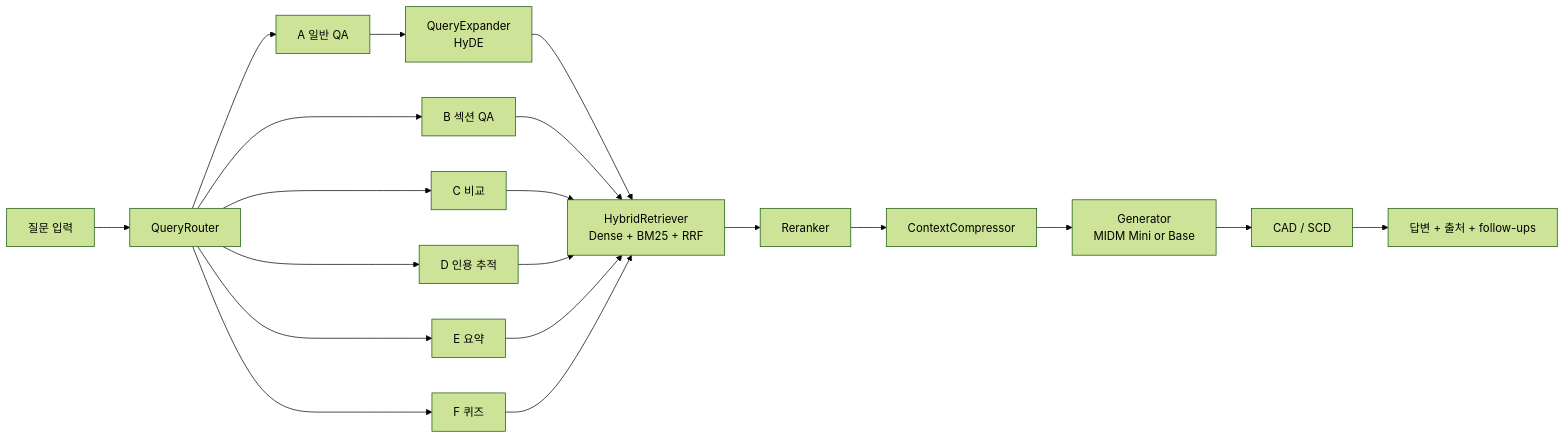
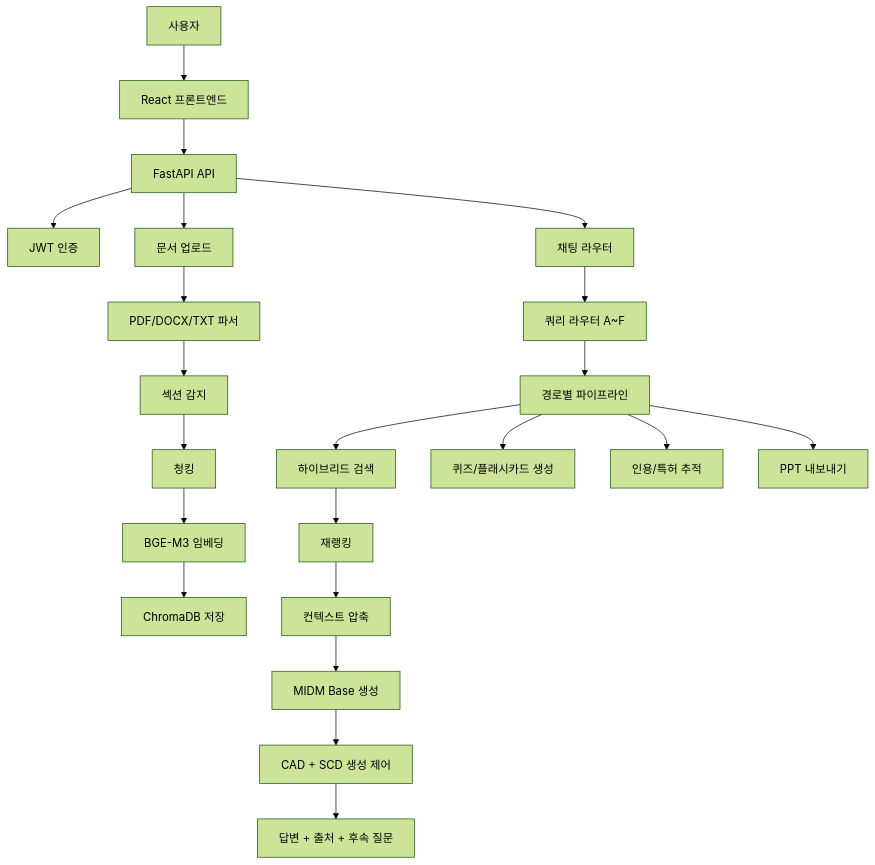
One commit to LxNx-Hn/M_RAG changed the diagram in docs/ARCHITECTURE.md. Above: the diagram before and after it, drawn with Mermaid (forest theme). The commit also changed other lines of this file and 50 other files, not shown here.

Commit message:
Align CAD evaluation flow and refresh docs

````diff
--- a/docs/ARCHITECTURE.md
+++ b/docs/ARCHITECTURE.md
@@ -22,23 +18,27 @@
 ```mermaid
-flowchart LR
-    Q["질문 입력"] --> R["QueryRouter"]
-    R --> PA["A 일반 QA"]
-    R --> PB["B 섹션 QA"]
-    R --> PC["C 비교"]
-    R --> PD["D 인용 추적"]
-    R --> PE["E 요약"]
-    R --> PF["F 퀴즈"]
+flowchart TD
+    U["사용자"] --> FE["React 프론트엔드"]
+    FE --> API["FastAPI API"]
+    API --> AUTH["JWT 인증"]
+    API --> PAPERS["문서 업로드"]
+    API --> CHAT["채팅 라우터"]
 
-    PA --> X["QueryExpander<br/>HyDE"]
-    X --> H["HybridRetriever<br/>Dense + BM25 + RRF"]
-    PB --> H
-    PC --> H
-    PD --> H
-    PE --> H
-    PF --> H
-    H --> RR["Reranker"]
-    RR --> C["ContextCompressor"]
-    C --> G["Generator<br/>MIDM Mini or Base"]
-    G --> D["CAD / SCD"]
-    D --> A["답변 + 출처 + follow-ups"]
+    PAPERS --> PARSE["PDF/DOCX/TXT 파서"]
+    PARSE --> SECTION["섹션 감지"]
+    SECTION --> CHUNK["청킹"]
+    CHUNK --> EMBED["BGE-M3 임베딩"]
+    EMBED --> CHROMA["ChromaDB 저장"]
+
+    CHAT --> ROUTER["쿼리 라우터 A~F"]
+    ROUTER --> PIPE["경로별 파이프라인"]
+    PIPE --> RET["하이브리드 검색"]
+    RET --> RERANK["재랭킹"]
+    RERANK --> COMP["컨텍스트 압축"]
+    COMP --> GEN["MIDM Base 생성"]
+    GEN --> DEC["CAD + SCD 생성 제어"]
+    DEC --> OUT["답변 + 출처 + 후속 질문"]
+
+    PIPE --> QUIZ["퀴즈/플래시카드 생성"]
+    PIPE --> CITE["인용/특허 추적"]
+    PIPE --> PPT["PPT 내보내기"]
 ```
````
